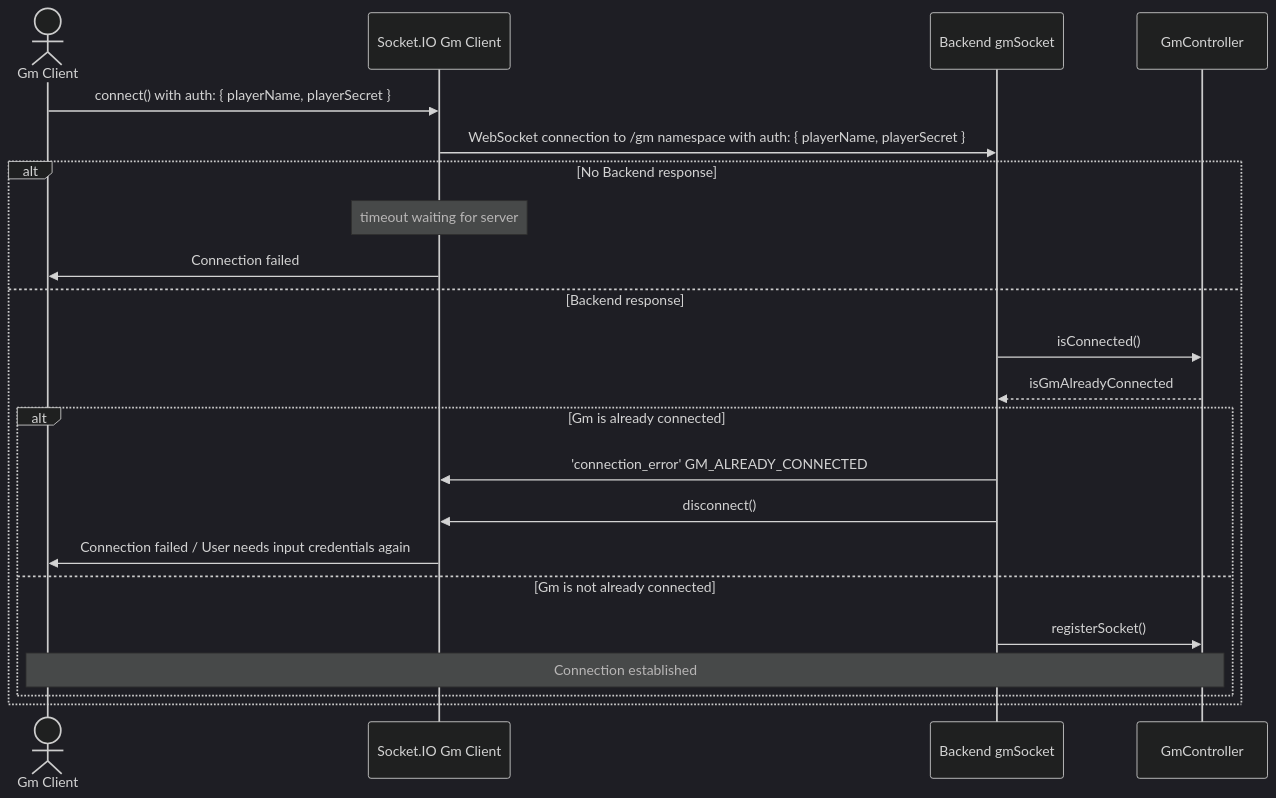
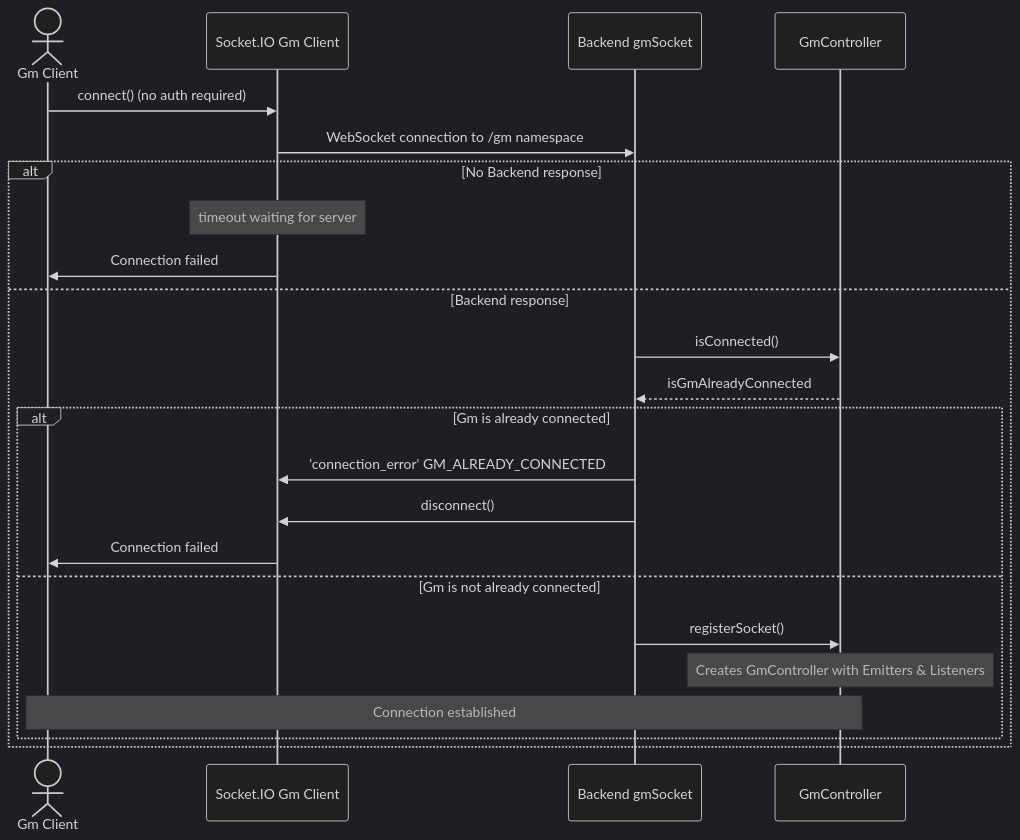
Before and after one commit to jakob-rzeppa/turnkeeper: the third of 4 diagrams in docs/ARCHITECTURE.md, drawn with Mermaid (dark theme). The commit also changed other lines of this file, not shown here.

Commit message:
update ARCHITECTURE

````diff
--- a/docs/ARCHITECTURE.md
+++ b/docs/ARCHITECTURE.md
@@ -46,36 +41,37 @@
 ```mermaid
 sequenceDiagram
     actor Gm as Gm Client
     participant Socket as Socket.IO Gm Client
     participant Backend as Backend gmSocket
     participant GmCtrl as GmController
 
-    Gm->>Socket: connect() with auth: { playerName, playerSecret }
-    Socket->>Backend: WebSocket connection to /gm namespace with auth: { playerName, playerSecret }
+    Gm->>Socket: connect() (no auth required)
+    Socket->>Backend: WebSocket connection to /gm namespace
 
     alt No Backend response
 
         note over Socket: timeout waiting for server
 
         Socket->>Gm: Connection failed
 
     else Backend response
 
         Backend->>GmCtrl: isConnected()
         GmCtrl-->>Backend: isGmAlreadyConnected
 
         alt Gm is already connected
 
             Backend->>Socket: 'connection_error' GM_ALREADY_CONNECTED
             Backend->>Socket: disconnect()
-            Socket->>Gm: Connection failed / User needs input credentials again
+            Socket->>Gm: Connection failed
 
         else Gm is not already connected
 
             Backend->>GmCtrl: registerSocket()
+            Note over GmCtrl: Creates GmController with Emitters & Listeners
 
             Note over Gm,GmCtrl: Connection established
 
         end
     end
 ```
````
